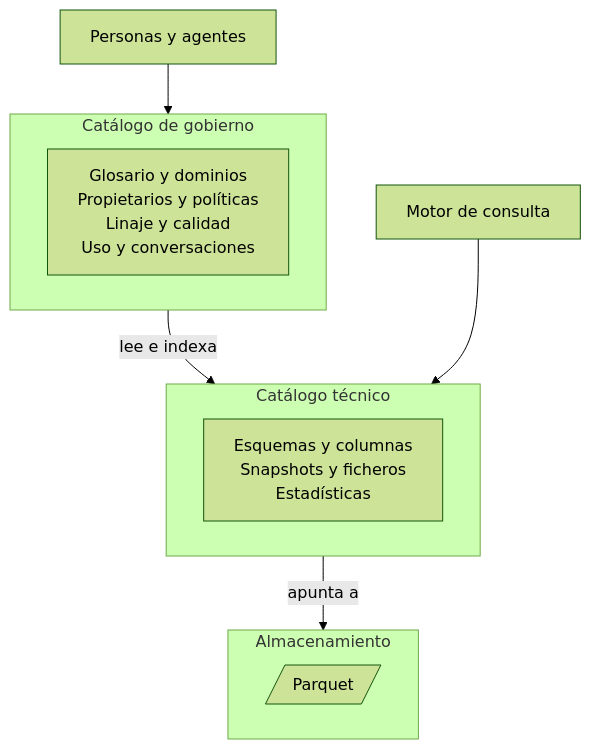
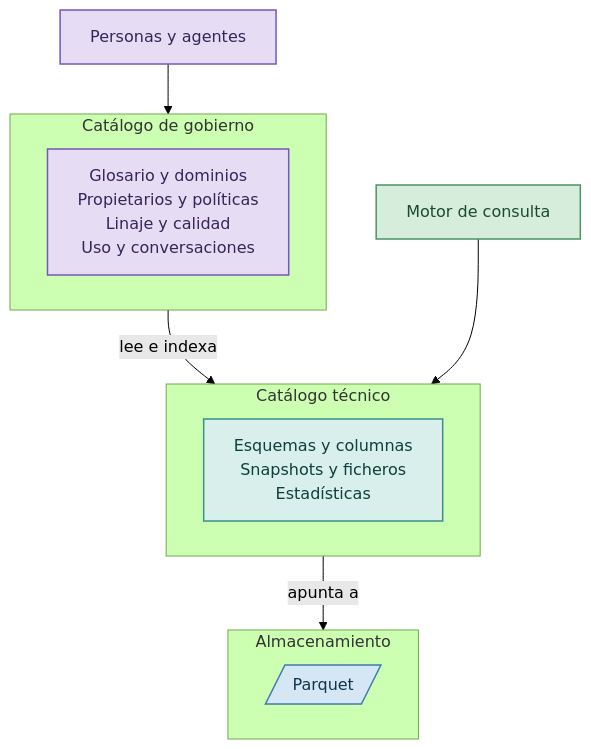
One commit to IraitzM/ingenieria-datos changed the diagram in content/appendices/metadatado.qmd. Above: the diagram before and after it, drawn with Mermaid (forest theme). The commit also changed other lines of this file and 28 other files, not shown here.

````diff
--- a/content/appendices/metadatado.qmd
+++ b/content/appendices/metadatado.qmd
@@ -17,16 +17,26 @@
 ```{mermaid}
 flowchart TB
     subgraph gob ["Catálogo de gobierno"]
         g["Glosario y dominios<br/>Propietarios y políticas<br/>Linaje y calidad<br/>Uso y conversaciones"]
     end
     subgraph tec ["Catálogo técnico"]
         t["Esquemas y columnas<br/>Snapshots y ficheros<br/>Estadísticas"]
     end
     subgraph alm ["Almacenamiento"]
         p[/"Parquet"/]
     end
     gob -->|"lee e indexa"| tec
     tec -->|"apunta a"| alm
     personas["Personas y agentes"] --> gob
     motor["Motor de consulta"] --> tec
+
+    %% Paleta por bloque del libro
+    classDef explotacion fill:#e6ddf5,stroke:#7457bd,stroke-width:1.5px,color:#332757
+    classDef meta fill:#d9efec,stroke:#3a8f8a,stroke-width:1.5px,color:#0f3f3c
+    classDef almacen fill:#d5e6f5,stroke:#3d7cb0,stroke-width:1.5px,color:#12354e
+    classDef transformacion fill:#d7eddc,stroke:#4a9463,stroke-width:1.5px,color:#1c4a2e
+    class g,personas explotacion
+    class t meta
+    class p almacen
+    class motor transformacion
 ```
````
